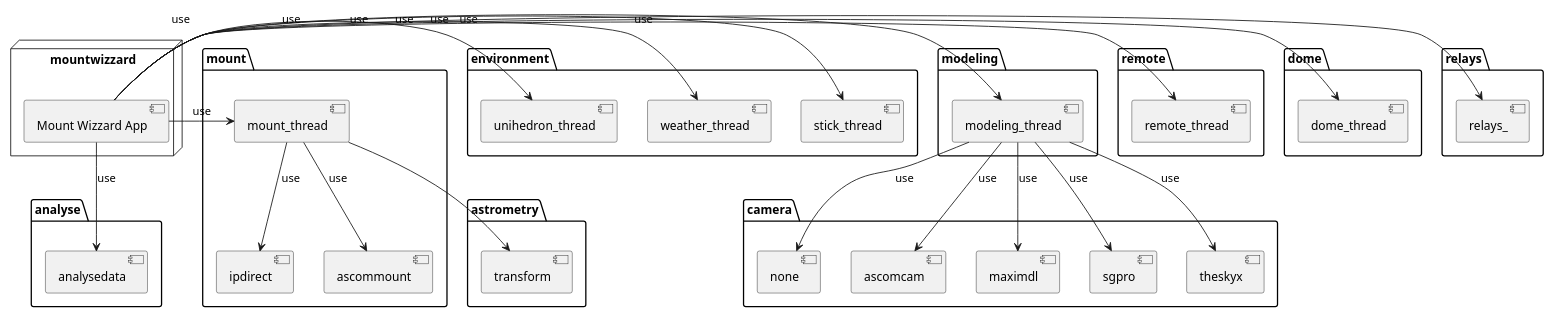
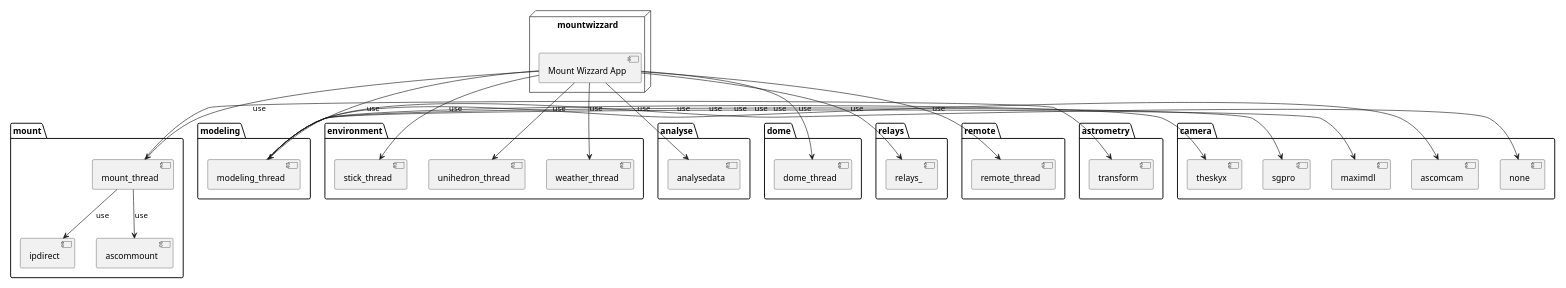
The diagram in uml/architecture_func.puml (sayitfast/MountWizzard3), drawn with PlantUML before and after one commit.

Commit message:
split diagrams

```diff
--- a/uml/architecture_func.puml
+++ b/uml/architecture_func.puml
@@ -1,73 +1,73 @@
 @startuml
 
 scale max 1536 width
 hide stereotype
 
 node "mountwizzard" {
     [Mount Wizzard App]
 }
 
 package "mount" {
     [mount_thread] --> [ipdirect] : use
     [mount_thread] --> [ascommount] : use
 }
 
 package "astrometry" {
     [transform]
 }
 
 package "modeling" {
     [modeling_thread]
 }
 
 package "environment" {
     [stick_thread]
     [unihedron_thread]
     [weather_thread]
 }
 
 package "camera" {
     [none]
     [ascomcam]
     [maximdl]
     [sgpro]
     [theskyx]
 }
 
 package "analyse" {
     [analysedata]
 }
 
 package "dome" {
     [dome_thread]
 }
 
 package "relays" {
     [relays_]
 }
 
 package "remote" {
     [remote_thread]
 }
 
-[Mount Wizzard App] -> [mount_thread] : use
-[Mount Wizzard App] -> [stick_thread] : use
-[Mount Wizzard App] -> [weather_thread] : use
-[Mount Wizzard App] -> [unihedron_thread] : use
-[Mount Wizzard App] -> [modeling_thread] : use
-[Mount Wizzard App] -> [remote_thread] : use
-[Mount Wizzard App] -> [dome_thread] : use
-[Mount Wizzard App] -> [relays_] : use
+[Mount Wizzard App] --> [mount_thread] : use
+[Mount Wizzard App] --> [stick_thread] : use
+[Mount Wizzard App] --> [weather_thread] : use
+[Mount Wizzard App] --> [unihedron_thread] : use
+[Mount Wizzard App] --> [modeling_thread] : use
+[Mount Wizzard App] --> [remote_thread] : use
+[Mount Wizzard App] --> [dome_thread] : use
+[Mount Wizzard App] --> [relays_] : use
 [Mount Wizzard App] --> [analysedata] : use
 
-[mount_thread] --> [transform]
+[mount_thread] -> [transform]
 
-[modeling_thread] --> [none] : use
-[modeling_thread] --> [ascomcam] : use
-[modeling_thread] --> [maximdl] : use
-[modeling_thread] --> [sgpro] : use
-[modeling_thread] --> [theskyx] : use
+[modeling_thread] -> [none] : use
+[modeling_thread] -> [ascomcam] : use
+[modeling_thread] -> [maximdl] : use
+[modeling_thread] -> [sgpro] : use
+[modeling_thread] -> [theskyx] : use
 
 
 
 @enduml
```
